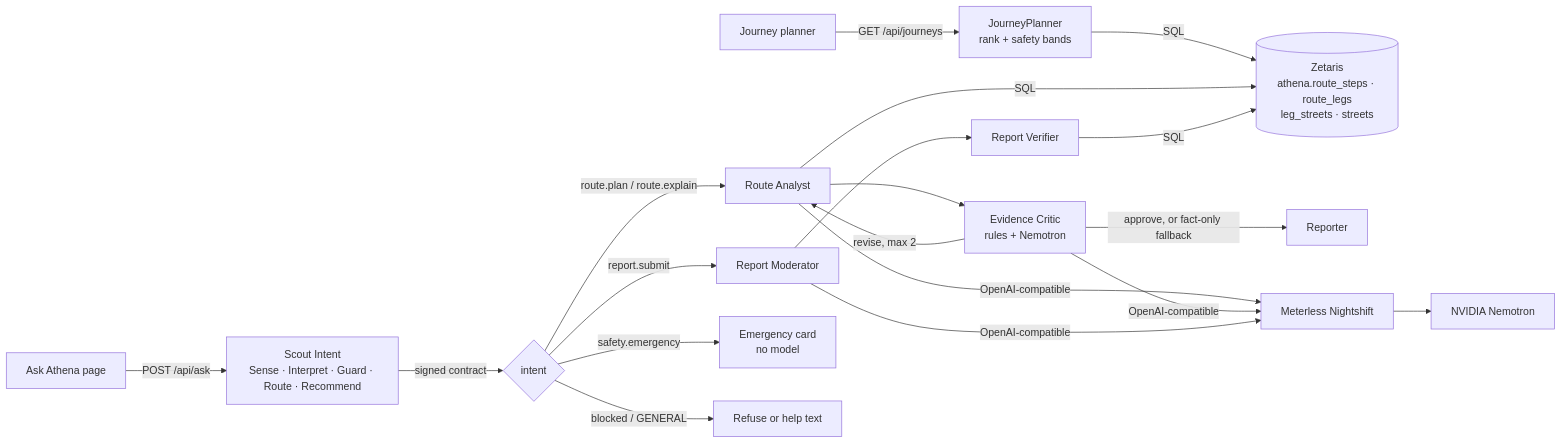
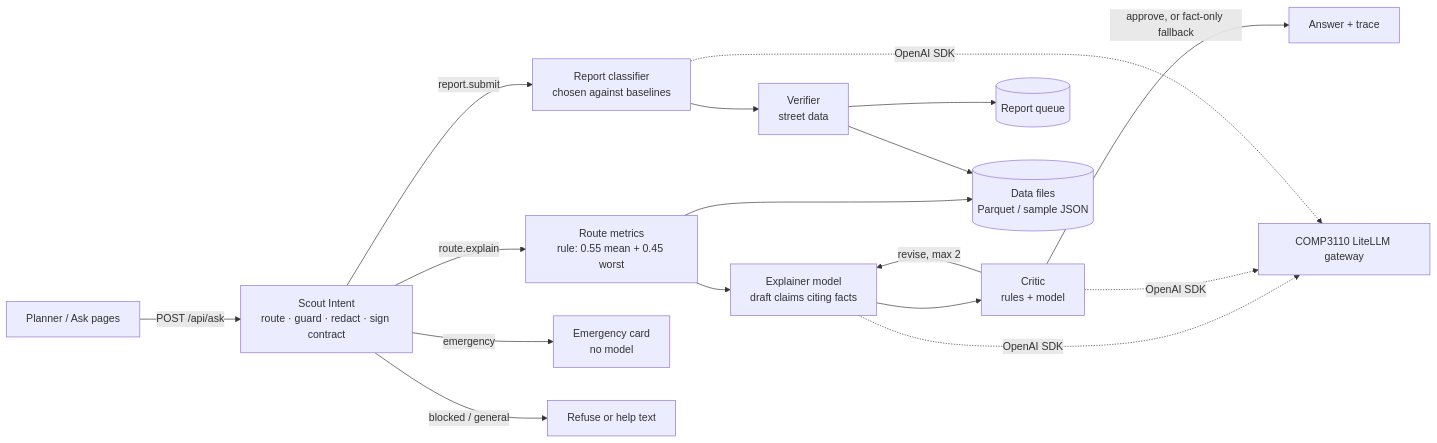
The diagram in README.md (shuruthy24/Athena), drawn with Mermaid before and after one commit. The commit also changed other lines of this file and 9 other files, not shown here.

````diff
--- a/README.md
+++ b/README.md
@@ -37,16 +51,15 @@
 ```mermaid
 flowchart LR
-  J[Journey planner] -->|GET /api/journeys| JP[JourneyPlanner<br/>rank + safety bands] -->|SQL| Z
-  U[Ask Athena page] -->|POST /api/ask| S[Scout Intent<br/>Sense · Interpret · Guard · Route · Recommend]
-  S -->|signed contract| R{intent}
-  R -->|route.plan / route.explain| A[Route Analyst]
-  R -->|report.submit| M[Report Moderator]
-  R -->|safety.emergency| E[Emergency card<br/>no model]
-  R -->|blocked / GENERAL| G[Refuse or help text]
-  A -->|SQL| Z[(Zetaris<br/>athena.route_steps · route_legs<br/>leg_streets · streets)]
-  A --> C[Evidence Critic<br/>rules + Nemotron]
-  C -->|revise, max 2| A
-  C -->|approve, or fact-only fallback| P[Reporter]
-  M --> V[Report Verifier] -->|SQL| Z
-  A & C & M -->|OpenAI-compatible| N[Meterless Nightshift] --> NV[NVIDIA Nemotron]
+  U[Planner / Ask pages] -->|POST /api/ask| S[Scout Intent<br/>route · guard · redact · sign contract]
+  S -->|route.explain| R[Route metrics<br/>rule: 0.55 mean + 0.45 worst]
+  R --> X[Explainer model<br/>draft claims citing facts]
+  X --> C[Critic<br/>rules + model]
+  C -->|revise, max 2| X
+  C -->|approve, or fact-only fallback| O[Answer + trace]
+  S -->|report.submit| K[Report classifier<br/>chosen against baselines]
+  K --> V[Verifier<br/>street data] --> Q[(Report queue)]
+  S -->|emergency| E[Emergency card<br/>no model]
+  S -->|blocked / general| G[Refuse or help text]
+  R & V --> D[(Data files<br/>Parquet / sample JSON)]
+  X & C & K -.->|OpenAI SDK| GW[COMP3110 LiteLLM gateway]
 ```
````
